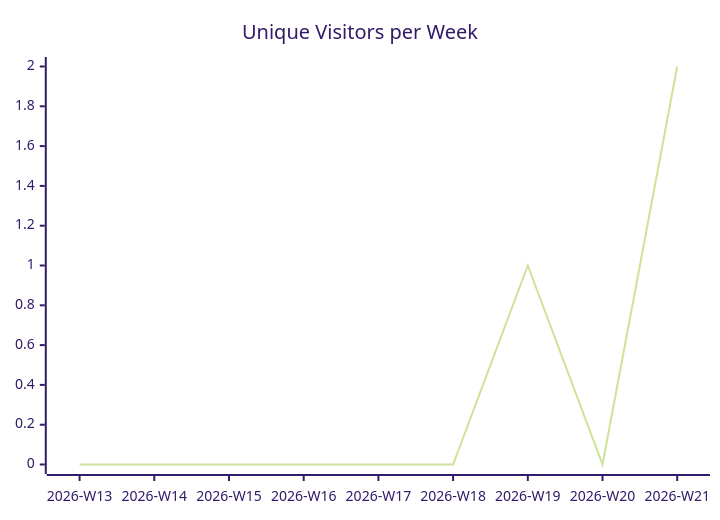
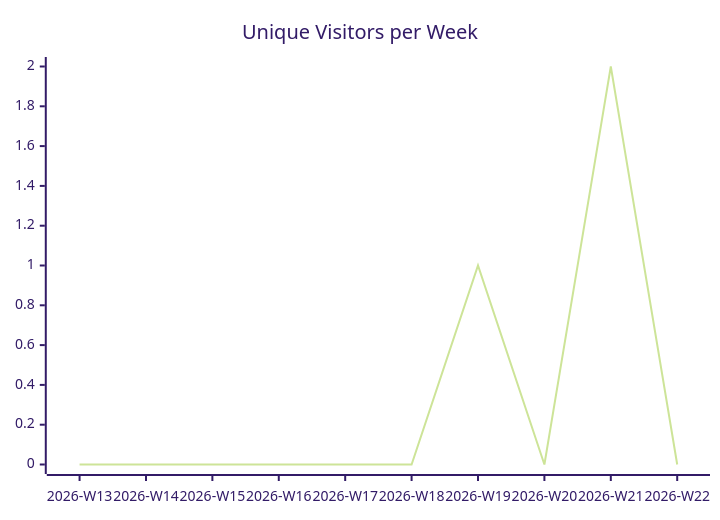
The first of 3 diagrams in karlmdavis/kobjects/README.md (justdavis-family/github-analytics-data), drawn with Mermaid (forest theme) before and after one commit. The commit also changed other lines of this file and 190 other files, not shown here.

````diff
--- a/karlmdavis/kobjects/README.md
+++ b/karlmdavis/kobjects/README.md
@@ -5,6 +5,6 @@
 ```mermaid
 xychart-beta
   title "Unique Visitors per Week"
-  x-axis ["2026-W13", "2026-W14", "2026-W15", "2026-W16", "2026-W17", "2026-W18", "2026-W19", "2026-W20", "2026-W21"]
-  line [0, 0, 0, 0, 0, 0, 1, 0, 2]
+  x-axis ["2026-W13", "2026-W14", "2026-W15", "2026-W16", "2026-W17", "2026-W18", "2026-W19", "2026-W20", "2026-W21", "2026-W22"]
+  line [0, 0, 0, 0, 0, 0, 1, 0, 2, 0]
 ```
````
